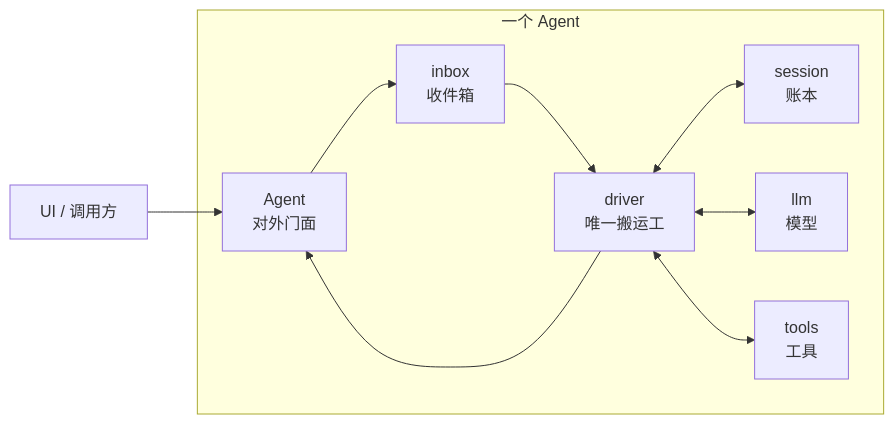
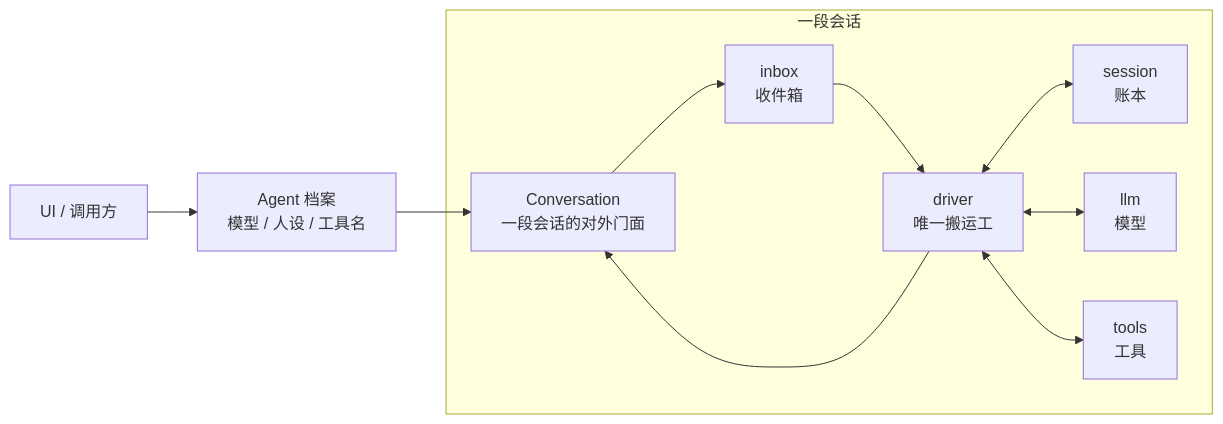
One commit to lucy971326/EDITH-Harness changed the first of 2 diagrams in loop/README.md. Above: the diagram before and after it, drawn with Mermaid. The commit also changed other lines of this file and 26 other files, not shown here.

````diff
--- a/loop/README.md
+++ b/loop/README.md
@@ -13,14 +13,15 @@
 ```mermaid
 flowchart LR
-    Caller["UI / 调用方"] --> Agent["Agent<br/>对外门面"]
+    Caller["UI / 调用方"] --> Profile["Agent 档案<br/>模型 / 人设 / 工具名"]
+    Profile --> Conversation["Conversation<br/>一段会话的对外门面"]
 
-    subgraph OneAgent["一个 Agent"]
-        Agent --> Inbox["inbox<br/>收件箱"]
+    subgraph OneSession["一段会话"]
+        Conversation --> Inbox["inbox<br/>收件箱"]
         Inbox --> Driver["driver<br/>唯一搬运工"]
         Driver <--> Book["session<br/>账本"]
         Driver <--> Model["llm<br/>模型"]
         Driver <--> Tools["tools<br/>工具"]
     end
 
-    Driver --> Agent
+    Driver --> Conversation
 ```
````
